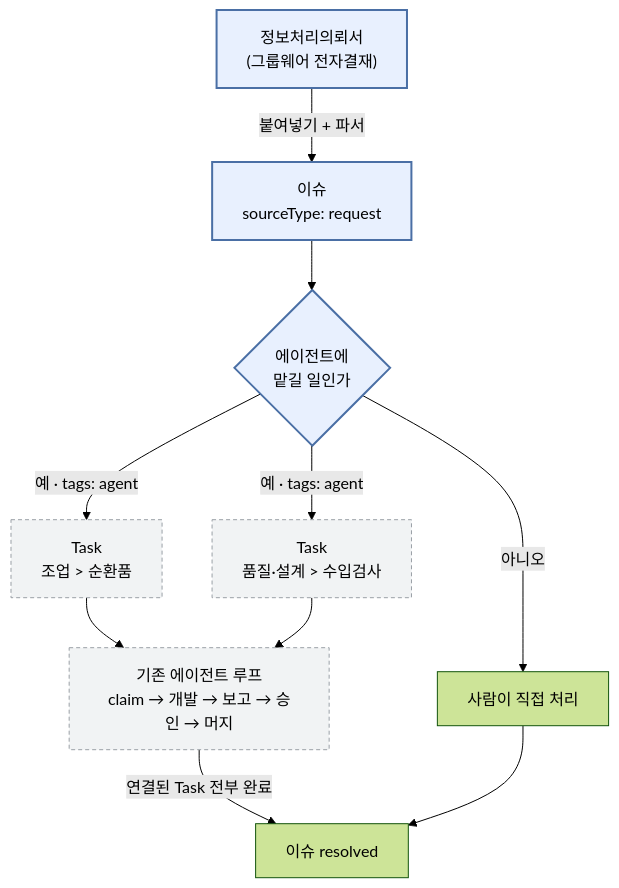
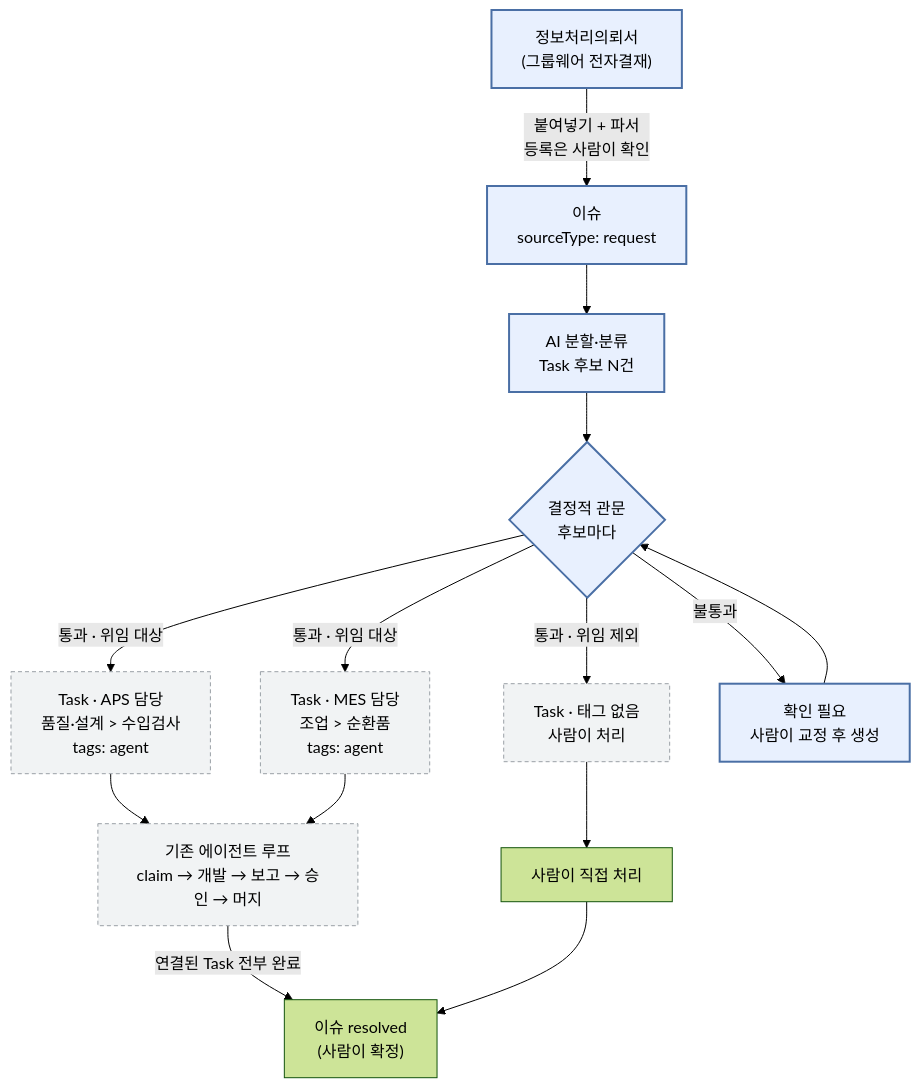
Before and after one commit to donseok/wbs-web: the first of 5 diagrams in docs/superpowers/specs/2026-09-21-sm-operations-design.md, drawn with Mermaid (forest theme). The commit also changed other lines of this file, not shown here.

````diff
--- a/docs/superpowers/specs/2026-09-21-sm-operations-design.md
+++ b/docs/superpowers/specs/2026-09-21-sm-operations-design.md
@@ -30,26 +32,33 @@
 ```mermaid
 flowchart TD
     DOC["정보처리의뢰서<br/>(그룹웨어 전자결재)"]
     ISSUE["이슈<br/>sourceType: request"]
-    SPLIT{"에이전트에<br/>맡길 일인가"}
-    T1["Task<br/>조업 &gt; 순환품"]
-    T2["Task<br/>품질·설계 &gt; 수입검사"]
+    SPLIT["AI 분할·분류<br/>Task 후보 N건"]
+    GATE{"결정적 관문<br/>후보마다"}
+    T1["Task · APS 담당<br/>품질·설계 &gt; 수입검사<br/>tags: agent"]
+    T2["Task · MES 담당<br/>조업 &gt; 순환품<br/>tags: agent"]
+    T3["Task · 태그 없음<br/>사람이 처리"]
+    CHECK["확인 필요<br/>사람이 교정 후 생성"]
     LOOP["기존 에이전트 루프<br/>claim → 개발 → 보고 → 승인 → 머지"]
     HUMAN["사람이 직접 처리"]
-    DONE["이슈 resolved"]
+    DONE["이슈 resolved<br/>(사람이 확정)"]
 
-    DOC -->|붙여넣기 + 파서| ISSUE
+    DOC -->|붙여넣기 + 파서<br/>등록은 사람이 확인| ISSUE
     ISSUE --> SPLIT
-    SPLIT -->|예 · tags: agent| T1
-    SPLIT -->|예 · tags: agent| T2
-    SPLIT -->|아니오| HUMAN
+    SPLIT --> GATE
+    GATE -->|통과 · 위임 대상| T1
+    GATE -->|통과 · 위임 대상| T2
+    GATE -->|통과 · 위임 제외| T3
+    GATE -->|불통과| CHECK
+    CHECK --> GATE
     T1 --> LOOP
     T2 --> LOOP
+    T3 --> HUMAN
     LOOP -->|연결된 Task 전부 완료| DONE
     HUMAN --> DONE
 
     classDef new fill:#e8f0fe,stroke:#4a6fa5,stroke-width:2px
     classDef exist fill:#f1f3f4,stroke:#9aa0a6,stroke-dasharray:4 3
-    class DOC,ISSUE,SPLIT new
-    class LOOP,T1,T2 exist
+    class DOC,ISSUE,SPLIT,GATE,CHECK new
+    class LOOP,T1,T2,T3 exist
 ```
````
